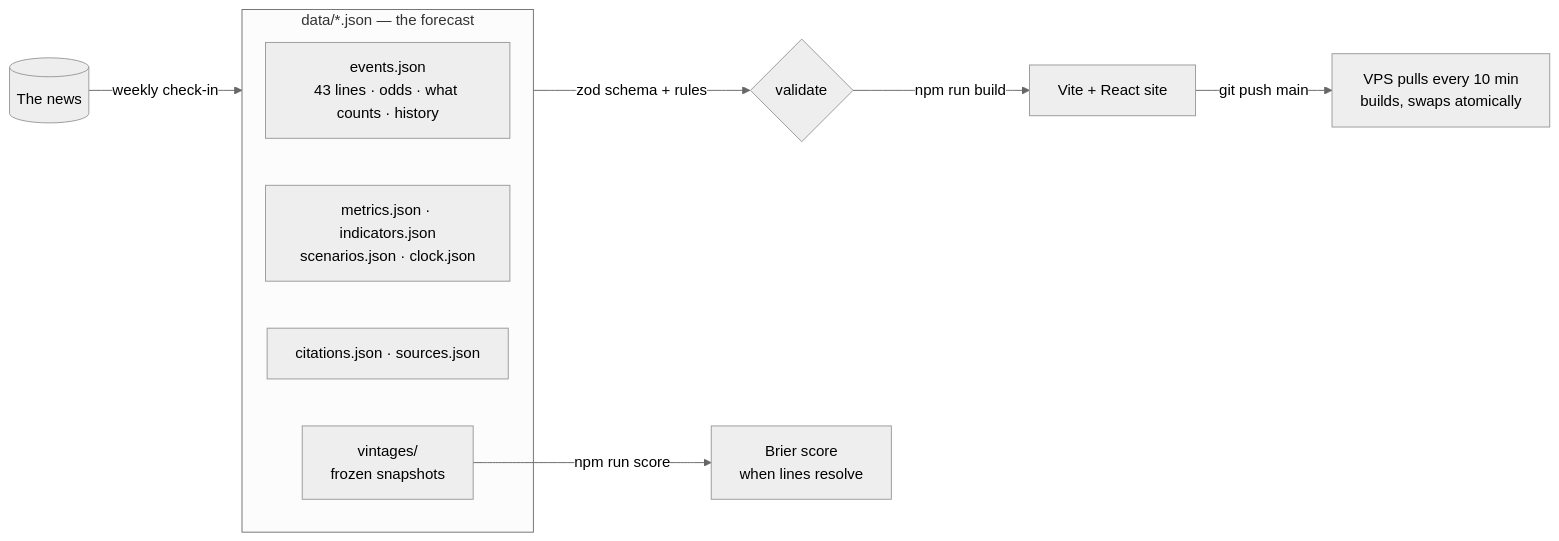
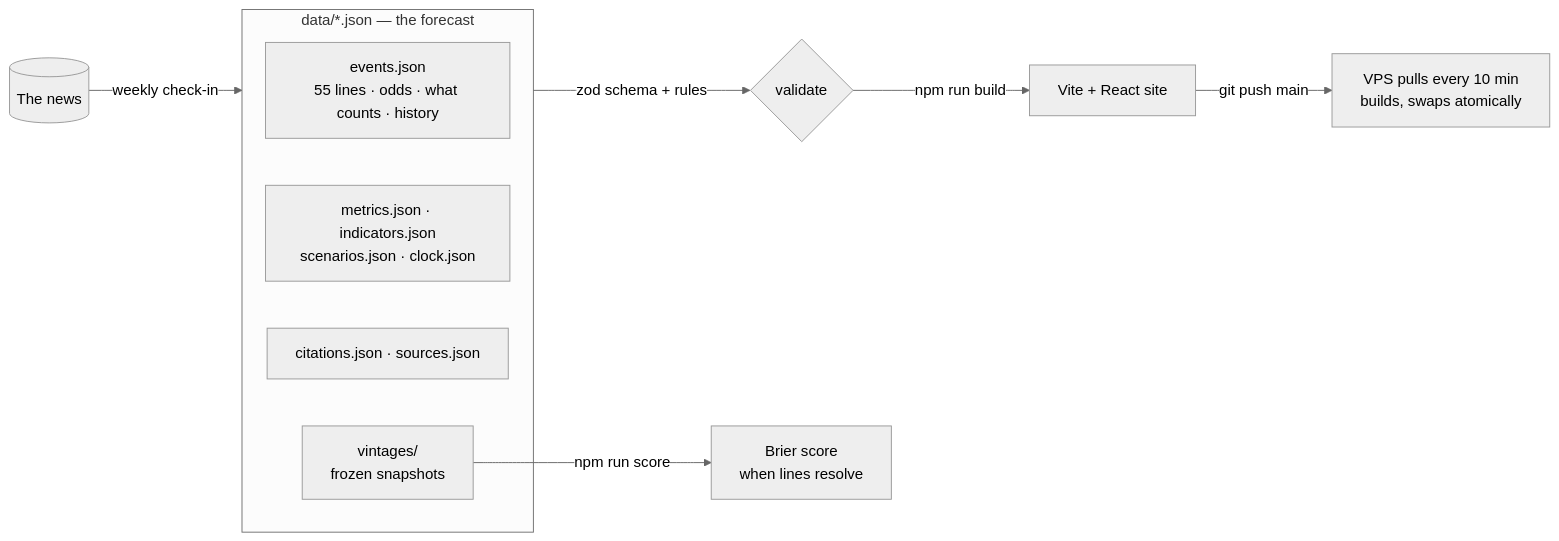
The diagram in README.md (GrimFandango42/the-next-100), drawn with Mermaid (neutral theme) before and after one commit. The commit also changed other lines of this file and 6 other files, not shown here.

````diff
--- a/README.md
+++ b/README.md
@@ -19,14 +19,14 @@
 ```mermaid
 flowchart LR
     news[(The news)] -->|weekly check-in| data
     subgraph data["data/*.json — the forecast"]
-        events[events.json<br/>43 lines · odds · what counts · history]
+        events[events.json<br/>55 lines · odds · what counts · history]
         metrics[metrics.json · indicators.json<br/>scenarios.json · clock.json]
         cites[citations.json · sources.json]
         vint[vintages/<br/>frozen snapshots]
     end
     data -->|zod schema + rules| validate{validate}
     validate -->|npm run build| site[Vite + React site]
     site -->|git push main| vps[VPS pulls every 10 min<br/>builds, swaps atomically]
     vint -->|npm run score| brier[Brier score<br/>when lines resolve]
 ```
````
